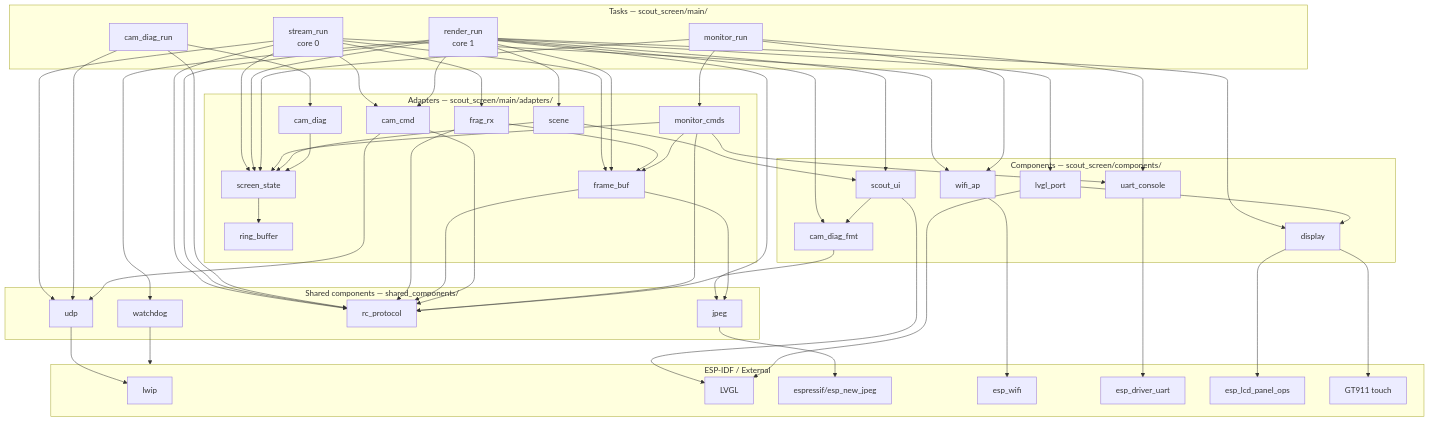
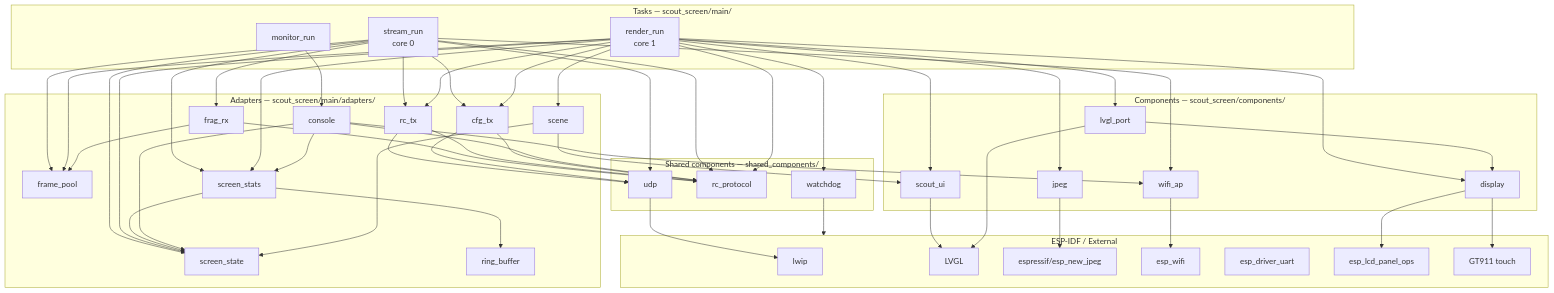
Before and after one commit to LINTECH-CHAS-ACADEMY-SUVX25/Scout: the second of 2 diagrams in docs/scout_screen_flow.md, drawn with Mermaid. The commit also changed other lines of this file and 1 other file, not shown here.

Commit message:
updated flow charts (not double checked)

````diff
--- a/docs/scout_screen_flow.md
+++ b/docs/scout_screen_flow.md
@@ -38,69 +33,63 @@
 ```mermaid
 graph TD
     subgraph tasks["Tasks — scout_screen/main/"]
         SR["stream_run\ncore 0"]
         RR["render_run\ncore 1"]
         MR["monitor_run"]
-        CD["cam_diag_run"]
     end
 
     subgraph adapters["Adapters — scout_screen/main/adapters/"]
-        FB[frame_buf]
-        CC[cam_cmd]
+        FB[frame_pool]
+        RT[rc_tx]
+        CT[cfg_tx]
         FR[frag_rx]
-        MC[monitor_cmds]
+        CON[console]
         SS[screen_state]
         SC[scene]
         RB[ring_buffer]
-        CDIAG[cam_diag]
+        ST[screen_stats]
     end
 
     subgraph shared["Shared components — shared_components/"]
-        JP[jpeg]
         UDP[udp]
         RCP[rc_protocol]
         WD[watchdog]
     end
 
     subgraph components["Components — scout_screen/components/"]
         DISP[display]
         UI[lvgl_port]
         SUI[scout_ui]
-        UC[uart_console]
         WA[wifi_ap]
-        CDF[cam_diag_fmt]
+        JP[jpeg]
     end
 
     subgraph sdk["ESP-IDF / External"]
         LWIP[lwip]
         LVGL[LVGL]
         JPEG_LIB[espressif/esp_new_jpeg]
         WIFI[esp_wifi]
         UART_DRV[esp_driver_uart]
         LCD[esp_lcd_panel_ops]
         GT[GT911 touch]
     end
 
-    SR --> FR & FB & SS & CC & UDP & RCP & WA
-    RR --> FB & SS & SC & CC & JP & DISP & UI & SUI & CDF & WD & RCP
-    MR --> SS & UC & WA & MC
-    CD --> CDIAG & UDP & RCP
+    SR --> FR & FB & SS & RT & CT & UDP & RCP & WA & ST
+    RR --> FB & SS & SC & RT & CT & JP & DISP & UI & SUI & WD & RCP & ST
+    MR --> CON
 
     FR --> FB & RCP
-    FB --> JP & RCP
-    CC --> UDP & RCP
-    MC --> FB & SS & UC & RCP
+    RT --> UDP & RCP
+    CT --> UDP & RCP
+    ST --> SS & RB
+    CON --> SS & ST & WA & RCP
     SC --> SS & SUI
-    SS --> RB
-    CDIAG --> SS
 
-    CDF --> RCP
-    SUI --> LVGL & CDF
+    SUI --> LVGL
     JP --> JPEG_LIB
     UDP --> LWIP
     UI --> LVGL & DISP
     DISP --> LCD & GT
     WA --> WIFI
-    UC --> UART_DRV
     WD --> sdk
 ```
````
